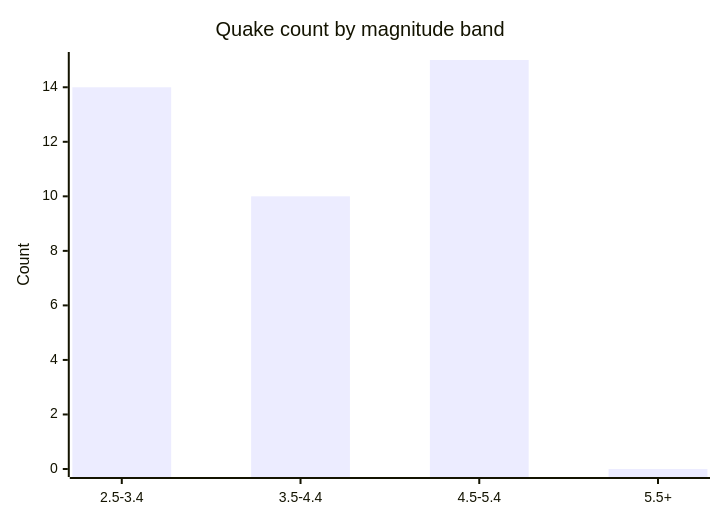
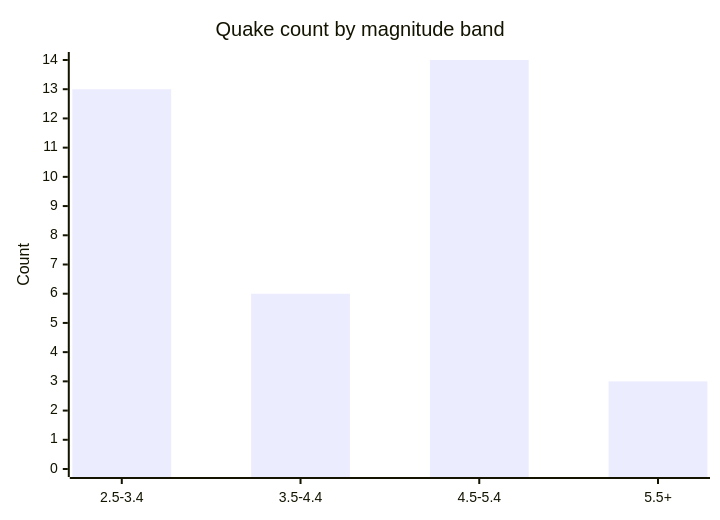
Before and after one commit to Midwest-Stratospheric/aerostratospheric-defense-gir: the fifth of 6 diagrams in docs/GRAPHS.md, drawn with Mermaid. The commit also changed other lines of this file and 23 other files, not shown here.

````diff
--- a/docs/GRAPHS.md
+++ b/docs/GRAPHS.md
@@ -82,7 +82,7 @@
 ```mermaid
 xychart-beta
   title "Quake count by magnitude band"
   x-axis ["2.5-3.4", "3.5-4.4", "4.5-5.4", "5.5+"]
-  y-axis "Count" 0 --> 15
-  bar [14, 10, 15, 0]
+  y-axis "Count" 0 --> 14
+  bar [13, 6, 14, 3]
 ```
````
